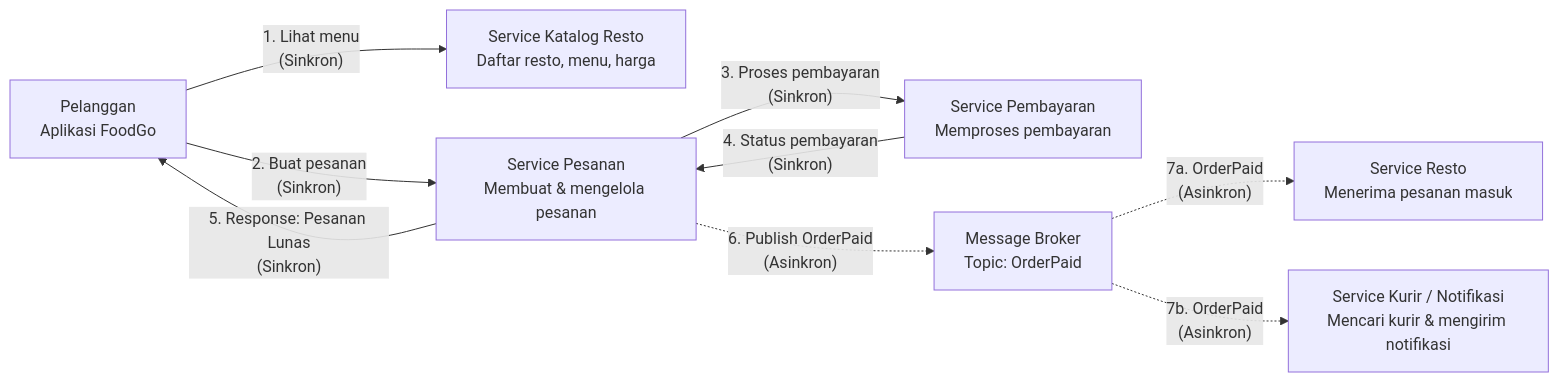
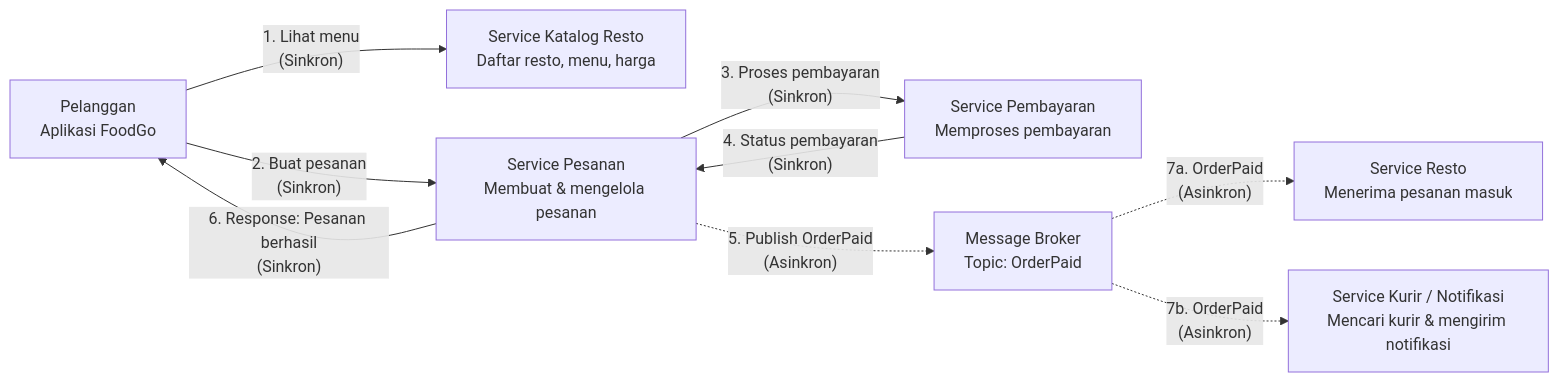
The diagram in tugas-02-perancangan-arsitektur/README.md (BGS06/komputasi-awan-dan-terdistribusi), drawn with Mermaid before and after one commit.

Commit message:
Menambahkan Jawaban Soal 2 atau diagram

````diff
--- a/tugas-02-perancangan-arsitektur/README.md
+++ b/tugas-02-perancangan-arsitektur/README.md
@@ -26,19 +26,27 @@
 ```mermaid
 flowchart LR
+
     U["Pelanggan<br/>Aplikasi FoodGo"]
     K["Service Katalog Resto<br/>Daftar resto, menu, harga"]
     O["Service Pesanan<br/>Membuat & mengelola pesanan"]
     P["Service Pembayaran<br/>Memproses pembayaran"]
     MB["Message Broker<br/>Topic: OrderPaid"]
     R["Service Resto<br/>Menerima pesanan masuk"]
     C["Service Kurir / Notifikasi<br/>Mencari kurir & mengirim notifikasi"]
 
     U -->|"1. Lihat menu<br/>(Sinkron)"| K
+
     U -->|"2. Buat pesanan<br/>(Sinkron)"| O
+
     O -->|"3. Proses pembayaran<br/>(Sinkron)"| P
+
     P -->|"4. Status pembayaran<br/>(Sinkron)"| O
-    O -->|"5. Response: Pesanan Lunas<br/>(Sinkron)"| U
-    O -.->|"6. Publish OrderPaid<br/>(Asinkron)"| MB
+
+    O -.->|"5. Publish OrderPaid<br/>(Asinkron)"| MB
+
+    O -->|"6. Response: Pesanan berhasil<br/>(Sinkron)"| U
+
     MB -.->|"7a. OrderPaid<br/>(Asinkron)"| R
+
     MB -.->|"7b. OrderPaid<br/>(Asinkron)"| C
 ```
````
